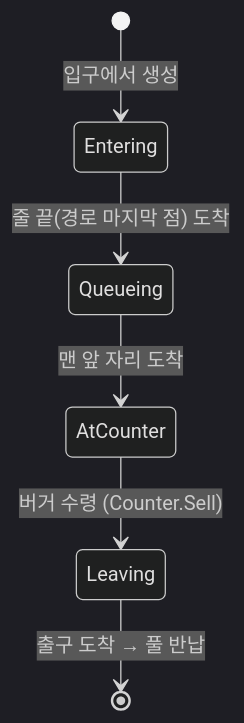
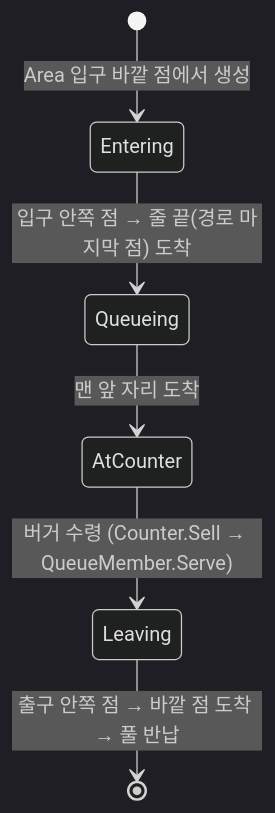
One commit to HyunSuuuu/BPCP changed the third of 3 diagrams in Assets/Words/Wiki.md. Above: the diagram before and after it, drawn with Mermaid (dark theme). The commit also changed other lines of this file and 15 other files, not shown here.

````diff
--- a/Assets/Words/Wiki.md
+++ b/Assets/Words/Wiki.md
@@ -141,8 +142,8 @@
 ```mermaid
 stateDiagram-v2
-    [*] --> Entering: 입구에서 생성
-    Entering --> Queueing: 줄 끝(경로 마지막 점) 도착
+    [*] --> Entering: Area 입구 바깥 점에서 생성
+    Entering --> Queueing: 입구 안쪽 점 → 줄 끝(경로 마지막 점) 도착
     Queueing --> AtCounter: 맨 앞 자리 도착
-    AtCounter --> Leaving: 버거 수령 (Counter.Sell)
-    Leaving --> [*]: 출구 도착 → 풀 반납
+    AtCounter --> Leaving: 버거 수령 (Counter.Sell → QueueMember.Serve)
+    Leaving --> [*]: 출구 안쪽 점 → 바깥 점 도착 → 풀 반납
 ```
````
